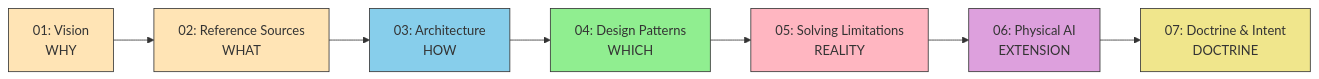
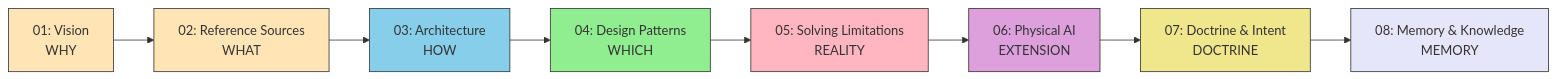
Before and after one commit to shuji-bonji/ai-agent-architecture: the diagram in docs/concepts/index.md, drawn with Mermaid. The commit also changed other lines of this file and 5 other files, not shown here.

````diff
--- a/docs/concepts/index.md
+++ b/docs/concepts/index.md
@@ -7,20 +7,22 @@
 ```mermaid
 flowchart LR
     V["01: Vision<br/>WHY"]
     R["02: Reference Sources<br/>WHAT"]
     A["03: Architecture<br/>HOW"]
     D["04: Design Patterns<br/>WHICH"]
     S["05: Solving Limitations<br/>REALITY"]
     P["06: Physical AI<br/>EXTENSION"]
     DOC["07: Doctrine & Intent<br/>DOCTRINE"]
+    M["08: Memory & Knowledge<br/>MEMORY"]
 
-    V --> R --> A --> D --> S --> P --> DOC
+    V --> R --> A --> D --> S --> P --> DOC --> M
 
     style V fill:#FFE4B5,color:#333,stroke:#333
     style R fill:#FFE4B5,color:#333,stroke:#333
     style A fill:#87CEEB,color:#333,stroke:#333
     style D fill:#90EE90,color:#333,stroke:#333
     style S fill:#FFB6C1,color:#333,stroke:#333
     style P fill:#DDA0DD,color:#333,stroke:#333
     style DOC fill:#F0E68C,color:#333,stroke:#333
+    style M fill:#E6E6FA,color:#333,stroke:#333
 ```
````
